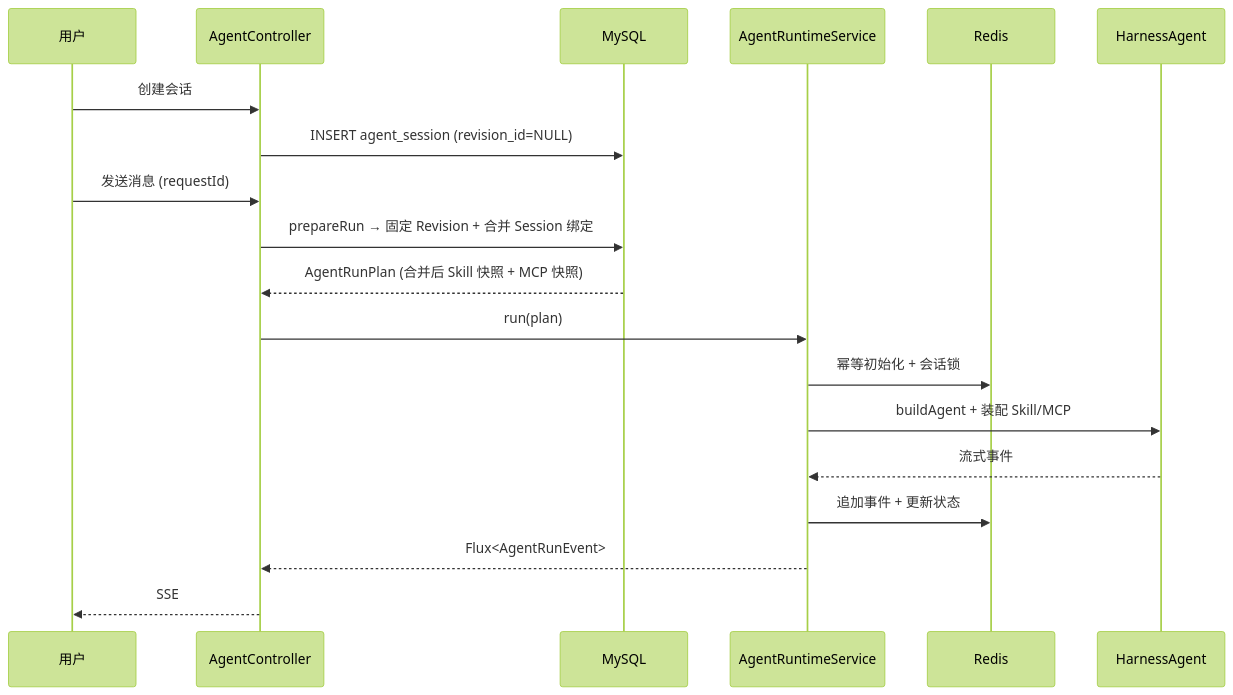
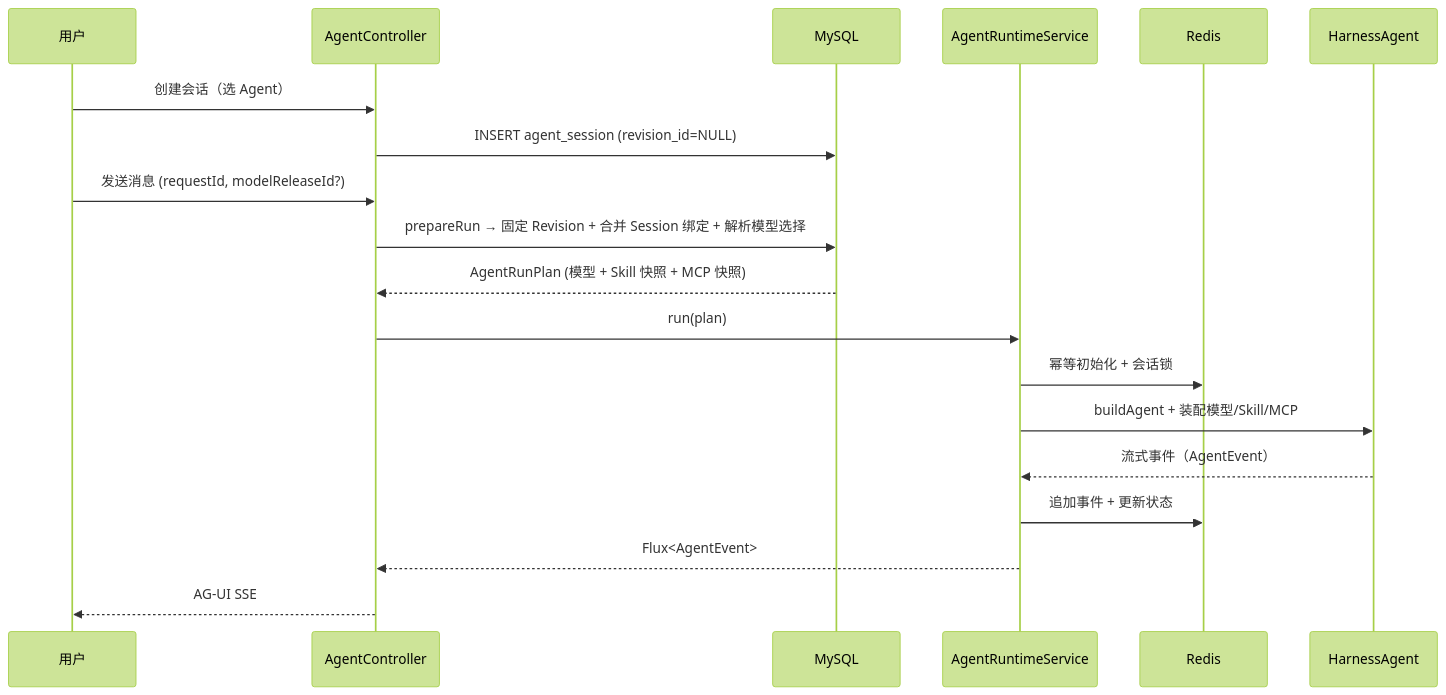
Before and after one commit to wzerf/code-temp: diagram 16 of 16 in docs/agent-module-table-flows.md, drawn with Mermaid (forest theme). The commit also changed other lines of this file and 49 other files, not shown here.

````diff
--- a/docs/agent-module-table-flows.md
+++ b/docs/agent-module-table-flows.md
@@ -391,22 +504,22 @@
 ```mermaid
 sequenceDiagram
     participant U as 用户
     participant API as AgentController
     participant DB as MySQL
     participant RT as AgentRuntimeService
     participant RD as Redis
     participant H as HarnessAgent
 
-    U->>API: 创建会话
+    U->>API: 创建会话（选 Agent）
     API->>DB: INSERT agent_session (revision_id=NULL)
-    U->>API: 发送消息 (requestId)
-    API->>DB: prepareRun → 固定 Revision + 合并 Session 绑定
-    DB-->>API: AgentRunPlan (合并后 Skill 快照 + MCP 快照)
+    U->>API: 发送消息 (requestId, modelReleaseId?)
+    API->>DB: prepareRun → 固定 Revision + 合并 Session 绑定 + 解析模型选择
+    DB-->>API: AgentRunPlan (模型 + Skill 快照 + MCP 快照)
     API->>RT: run(plan)
     RT->>RD: 幂等初始化 + 会话锁
-    RT->>H: buildAgent + 装配 Skill/MCP
-    H-->>RT: 流式事件
+    RT->>H: buildAgent + 装配模型/Skill/MCP
+    H-->>RT: 流式事件（AgentEvent）
     RT->>RD: 追加事件 + 更新状态
-    RT-->>API: Flux<AgentRunEvent>
-    API-->>U: SSE
+    RT-->>API: Flux<AgentEvent>
+    API-->>U: AG-UI SSE
 ```
````
